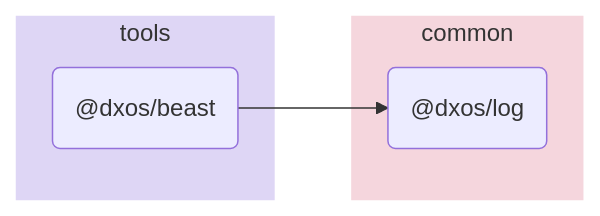
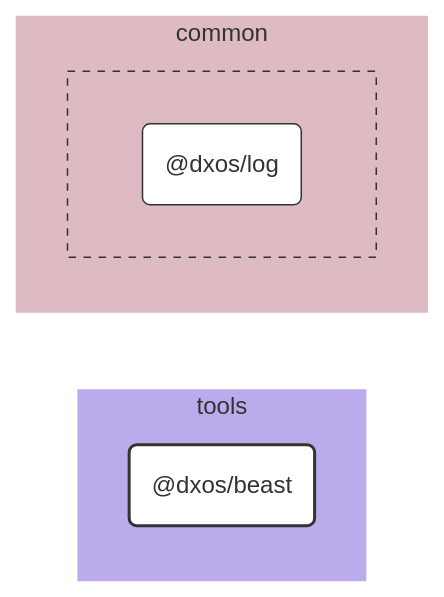
One commit to dxos/dxos changed the diagram in tools/beast/docs/README.md. Above: the diagram before and after it, drawn with Mermaid. The commit also changed other lines of this file and 109 other files, not shown here.

````diff
--- a/tools/beast/docs/README.md
+++ b/tools/beast/docs/README.md
@@ -5,15 +7,38 @@
 ```mermaid
-flowchart LR;
+%%{ init: {'flowchart':{'curve':'basis'}} }%%
 
+flowchart LR
+
+%% Links
+
+%% Sections
 subgraph tools
-  style tools fill:#ded6f5,stroke:#fff;
-  dxos/beast("@dxos/beast");
+  style tools fill:#bbabed,stroke:#fff;
+
+  dxos/beast("@dxos/beast")
 end
 
 subgraph common
-  style common fill:#f5d6dd,stroke:#fff;
-  dxos/log("@dxos/log");
+  style common fill:#debac2,stroke:#fff;
+
+
+  subgraph common-excluded [ ]
+    style common-excluded fill:#debac2,stroke:#333,stroke-dasharray:5 5;
+
+    dxos/log("@dxos/log")
+  end
 end
 
-dxos/beast --> dxos/log;
+
+%% Hyperlinks
+click dxos/log href "https:/github.com/dxos/dxos/tree/main/packages/common/log/docs";
+
+%% Styles
+classDef rootNode fill:#fff,stroke:#333,stroke-width:2px
+classDef defaultNode fill:#fff,stroke:#333,stroke-width:1px
+linkStyle default stroke:#333,stroke-width:1px
+
+dxos/beast:::rootNode
+
+dxos/log:::defaultNode
 ```
````
